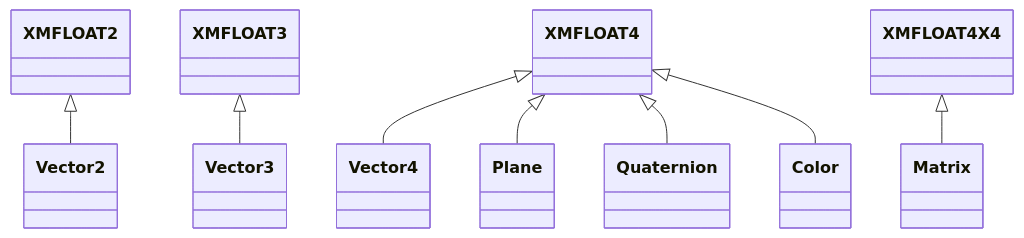
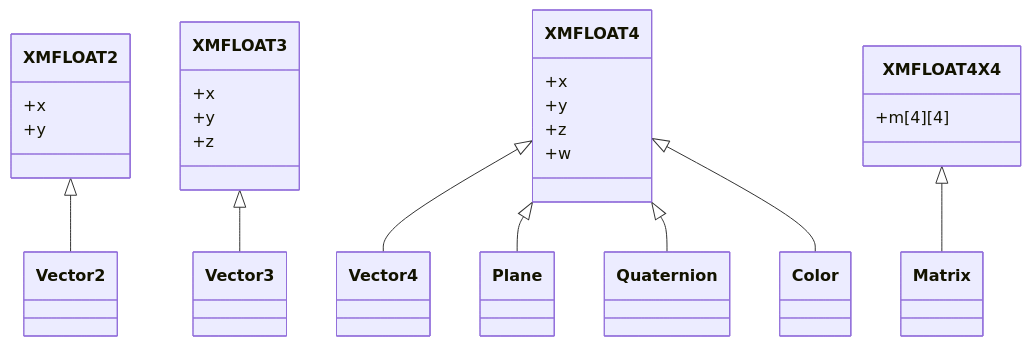
One commit to neogrammer/Wiki changed the first of 2 diagrams in SimpleMath.md. Above: the diagram before and after it, drawn with Mermaid. The commit also changed other lines of this file, not shown here.

Commit message:
Updated SimpleMath (markdown)

````diff
--- a/SimpleMath.md
+++ b/SimpleMath.md
@@ -19,21 +19,35 @@
 ```mermaid
 classDiagram
-class XMFLOAT2
+class XMFLOAT2{
+    +x
+    +y
+}
 class Vector2
 XMFLOAT2 <|-- Vector2
-class XMFLOAT3
+class XMFLOAT3{
+    +x
+    +y
+    +z
+}
 class Vector3
 XMFLOAT3 <|-- Vector3
-class XMFLOAT4
+class XMFLOAT4{
+    +x
+    +y
+    +z
+    +w
+}
 class Vector4
 XMFLOAT4 <|-- Vector4
 class Plane
 XMFLOAT4 <|-- Plane
 class Quaternion
 XMFLOAT4 <|-- Quaternion
 class Color
 XMFLOAT4 <|-- Color
-class XMFLOAT4X4
+class XMFLOAT4X4{
+    +m[4][4]
+}
 class Matrix
 XMFLOAT4X4 <|-- Matrix
 ```
````
